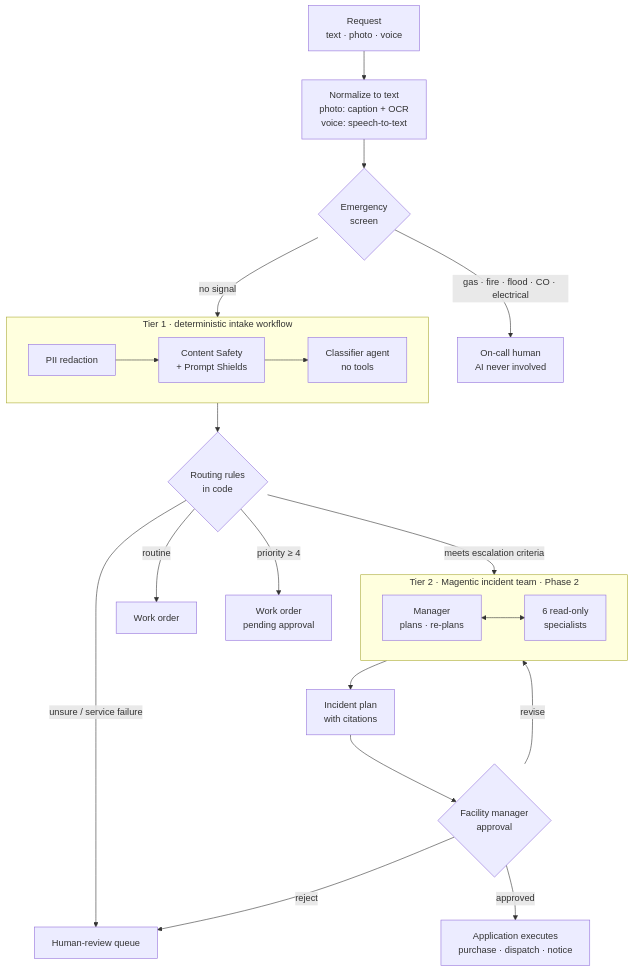
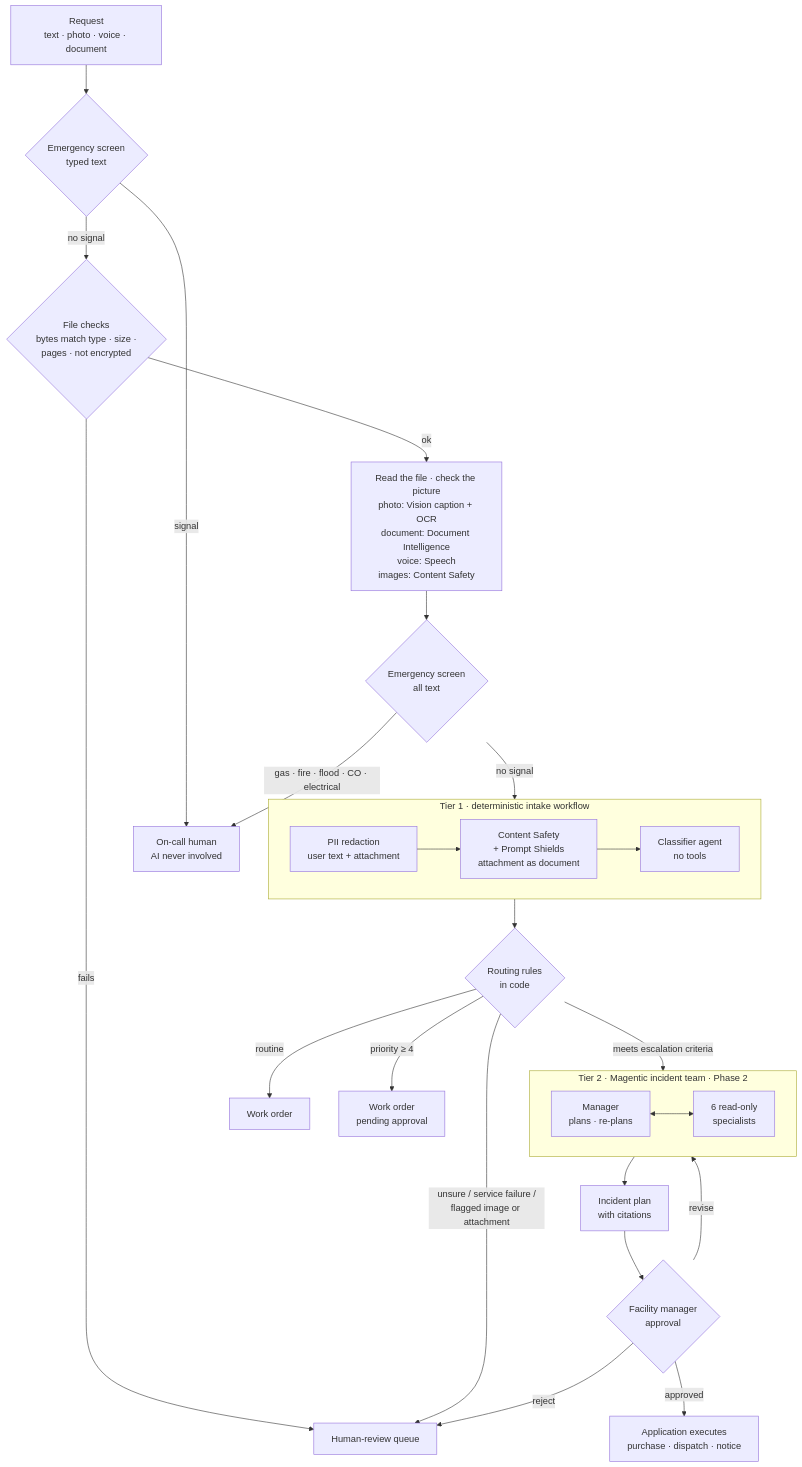
One commit to wasif1024/facilityops changed the fourth of 19 diagrams in docs/architecture.md. Above: the diagram before and after it, drawn with Mermaid. The commit also changed other lines of this file and 28 other files, not shown here.

````diff
--- a/docs/architecture.md
+++ b/docs/architecture.md
@@ -146,29 +153,33 @@
 ```mermaid
 flowchart TB
-    req["Request<br/>text · photo · voice"] --> norm["Normalize to text<br/>photo: caption + OCR<br/>voice: speech-to-text"]
-    norm --> e{"Emergency<br/>screen"}
+    req["Request<br/>text · photo · voice · document"] --> e0{"Emergency screen<br/>typed text"}
+    e0 -- "signal" --> oncall
+    e0 -- "no signal" --> fc{"File checks<br/>bytes match type · size ·<br/>pages · not encrypted"}
+    fc -- "fails" --> hr
+    fc -- "ok" --> norm["Read the file · check the picture<br/>photo: Vision caption + OCR<br/>document: Document Intelligence<br/>voice: Speech<br/>images: Content Safety"]
+    norm --> e{"Emergency screen<br/>all text"}
     e -- "gas · fire · flood · CO · electrical" --> oncall["On-call human<br/>AI never involved"]
     e -- "no signal" --> t1
 
     subgraph t1["Tier 1 · deterministic intake workflow"]
         direction LR
-        pii["PII redaction"] --> safe["Content Safety<br/>+ Prompt Shields"] --> cls["Classifier agent<br/>no tools"]
+        pii["PII redaction<br/>user text + attachment"] --> safe["Content Safety<br/>+ Prompt Shields<br/>attachment as document"] --> cls["Classifier agent<br/>no tools"]
     end
 
     t1 --> route{"Routing rules<br/>in code"}
-    route -- "unsure / service failure" --> hr["Human-review queue"]
+    route -- "unsure / service failure /<br/>flagged image or attachment" --> hr["Human-review queue"]
     route -- "routine" --> wo["Work order"]
     route -- "priority ≥ 4" --> appr["Work order<br/>pending approval"]
     route -- "meets escalation criteria" --> t2
 
     subgraph t2["Tier 2 · Magentic incident team · Phase 2"]
         direction LR
         mgr["Manager<br/>plans · re-plans"] <--> spec["6 read-only<br/>specialists"]
     end
 
     t2 --> plan["Incident plan<br/>with citations"]
     plan --> gate{"Facility manager<br/>approval"}
     gate -- "approved" --> exec["Application executes<br/>purchase · dispatch · notice"]
     gate -- "revise" --> t2
     gate -- "reject" --> hr
 ```
````
